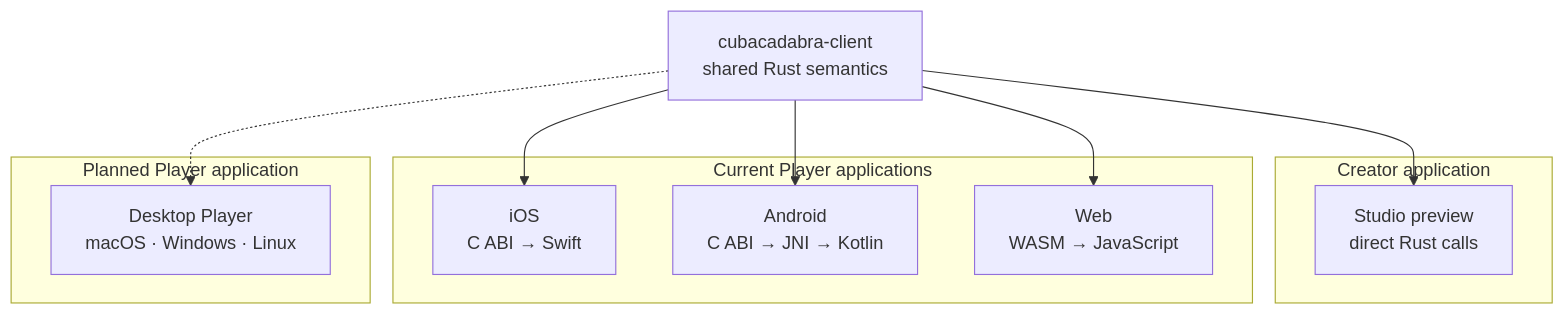
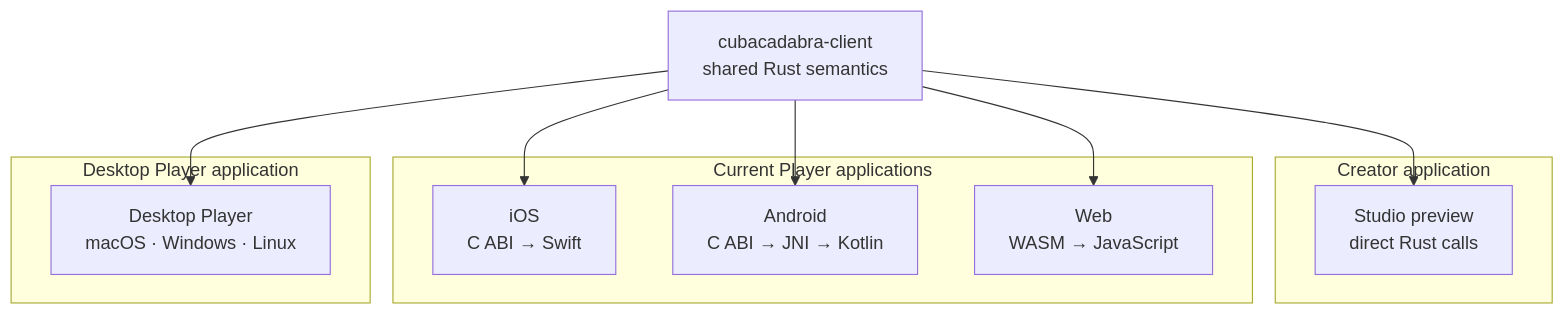
One commit to cubacadabra/docs changed the second of 2 diagrams in architecture/client-runtime.md. Above: the diagram before and after it, drawn with Mermaid. The commit also changed other lines of this file and 9 other files, not shown here.

````diff
--- a/architecture/client-runtime.md
+++ b/architecture/client-runtime.md
@@ -26,21 +26,21 @@
 ```mermaid
 flowchart TB
     Semantics["cubacadabra-client<br/>shared Rust semantics"]
     subgraph Creator["Creator application"]
         Studio["Studio preview<br/>direct Rust calls"]
     end
     subgraph Current["Current Player applications"]
         IOS["iOS<br/>C ABI → Swift"]
         Android["Android<br/>C ABI → JNI → Kotlin"]
         Web["Web<br/>WASM → JavaScript"]
     end
-    subgraph Planned["Planned Player application"]
+    subgraph DesktopPlayer["Desktop Player application"]
         Desktop["Desktop Player<br/>macOS · Windows · Linux"]
     end
 
     Semantics --> Studio
     Semantics --> IOS
     Semantics --> Android
     Semantics --> Web
-    Semantics -.-> Desktop
+    Semantics --> Desktop
 ```
````
